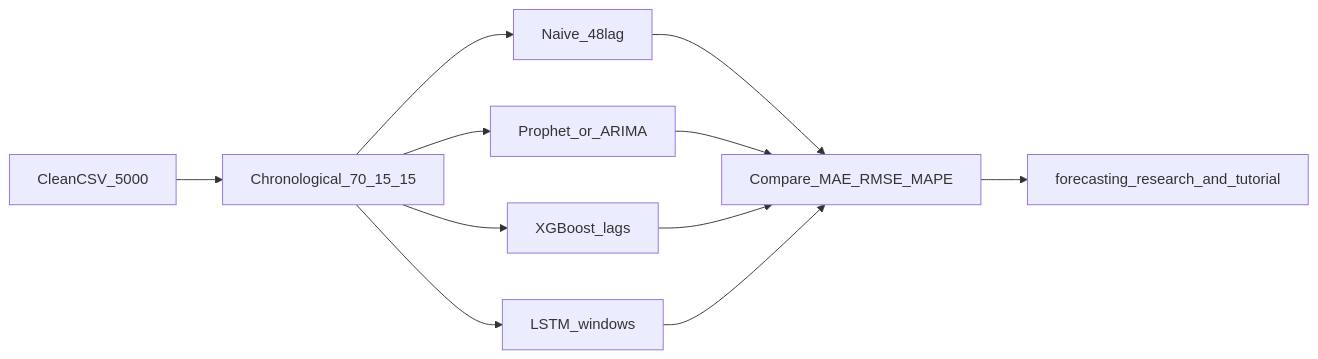
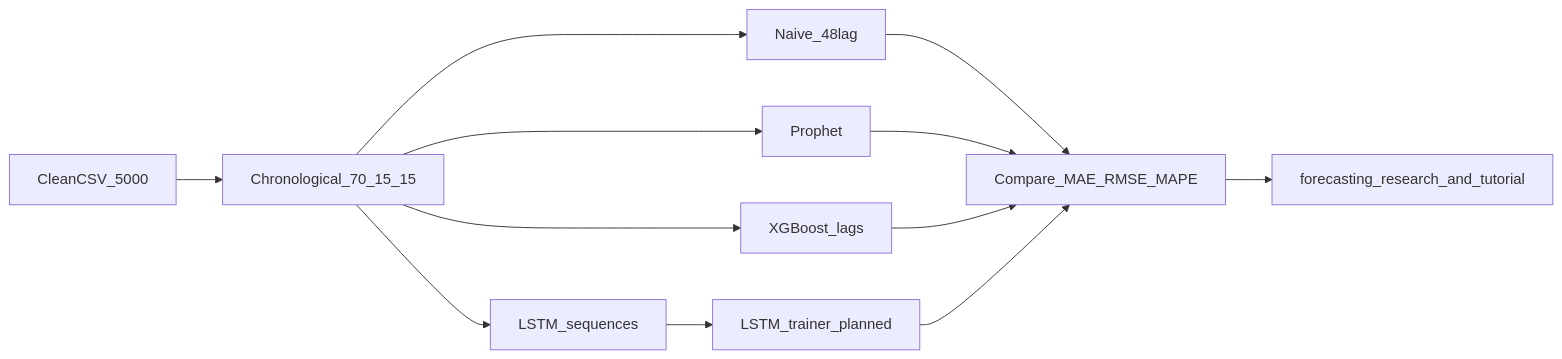
The diagram in docs/phase3-strategy.md (mj-weshh/energy-anomaly-forecasting), drawn with Mermaid before and after one commit. The commit also changed other lines of this file and 12 other files, not shown here.

Commit message:
docs: add LSTM prep page and Phase 3 cross-links for Week 7 Day 3

````diff
--- a/docs/phase3-strategy.md
+++ b/docs/phase3-strategy.md
@@ -129,13 +131,14 @@
 ```mermaid
 flowchart LR
   clean[CleanCSV_5000] --> split[Chronological_70_15_15]
   split --> naive[Naive_48lag]
-  split --> stats[Prophet_or_ARIMA]
+  split --> stats[Prophet]
   split --> xgb[XGBoost_lags]
-  split --> lstm[LSTM_windows]
+  split --> lstmPrep[LSTM_sequences]
+  lstmPrep --> lstmTrain[LSTM_trainer_planned]
   naive --> compare[Compare_MAE_RMSE_MAPE]
   stats --> compare
   xgb --> compare
-  lstm --> compare
+  lstmTrain --> compare
   compare --> docs[forecasting_research_and_tutorial]
 ```
````
